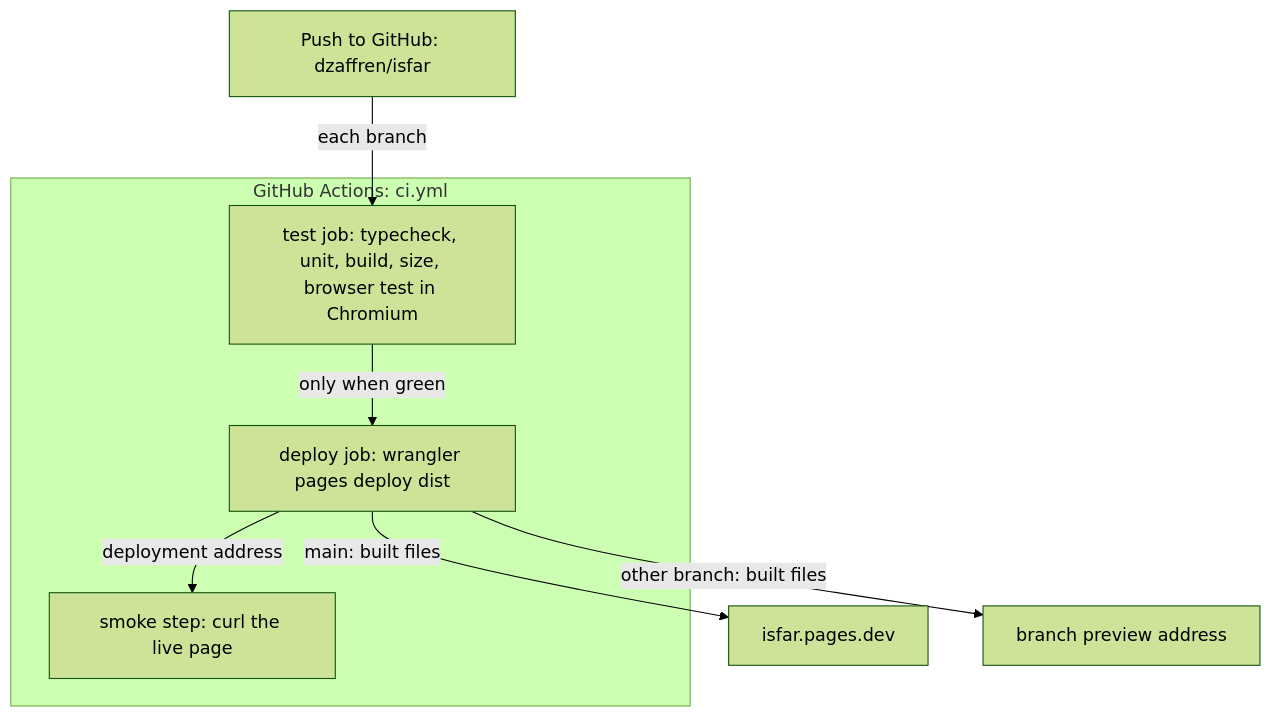
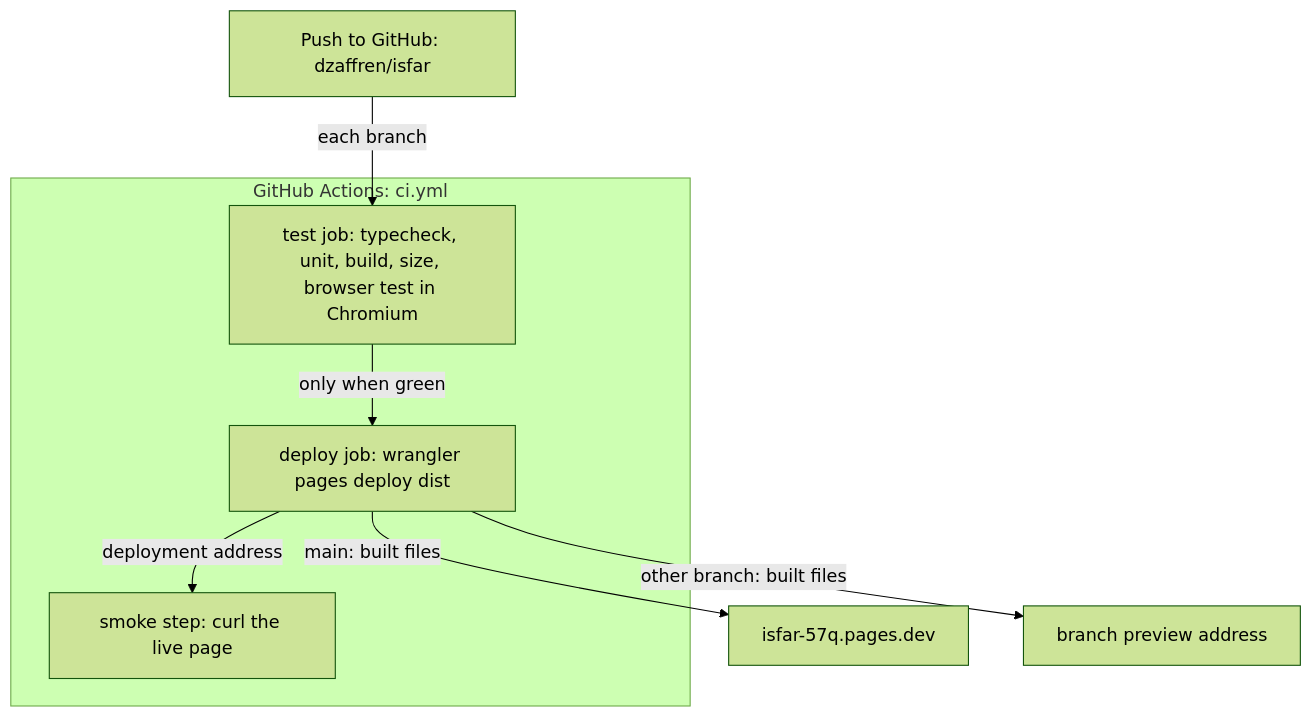
The sixth of 6 diagrams in docs/specs/walking-skeleton.md (dzaffren/isfar), drawn with Mermaid (forest theme) before and after one commit. The commit also changed other lines of this file and 47 other files, not shown here.

````diff
--- a/docs/specs/walking-skeleton.md
+++ b/docs/specs/walking-skeleton.md
@@ -303,13 +303,13 @@
 ```mermaid
 flowchart TB
     DEV[Push to GitHub: dzaffren/isfar] -- "each branch" --> TEST
     subgraph actions [GitHub Actions: ci.yml]
         TEST["test job: typecheck, unit, build, size, browser test in Chromium"]
         DEPLOY["deploy job: wrangler pages deploy dist"]
         SMOKE["smoke step: curl the live page"]
         TEST -- "only when green" --> DEPLOY
         DEPLOY -- "deployment address" --> SMOKE
     end
-    DEPLOY -- "main: built files" --> PROD["isfar.pages.dev"]
+    DEPLOY -- "main: built files" --> PROD["isfar-57q.pages.dev"]
     DEPLOY -- "other branch: built files" --> PREV["branch preview address"]
 ```
````
